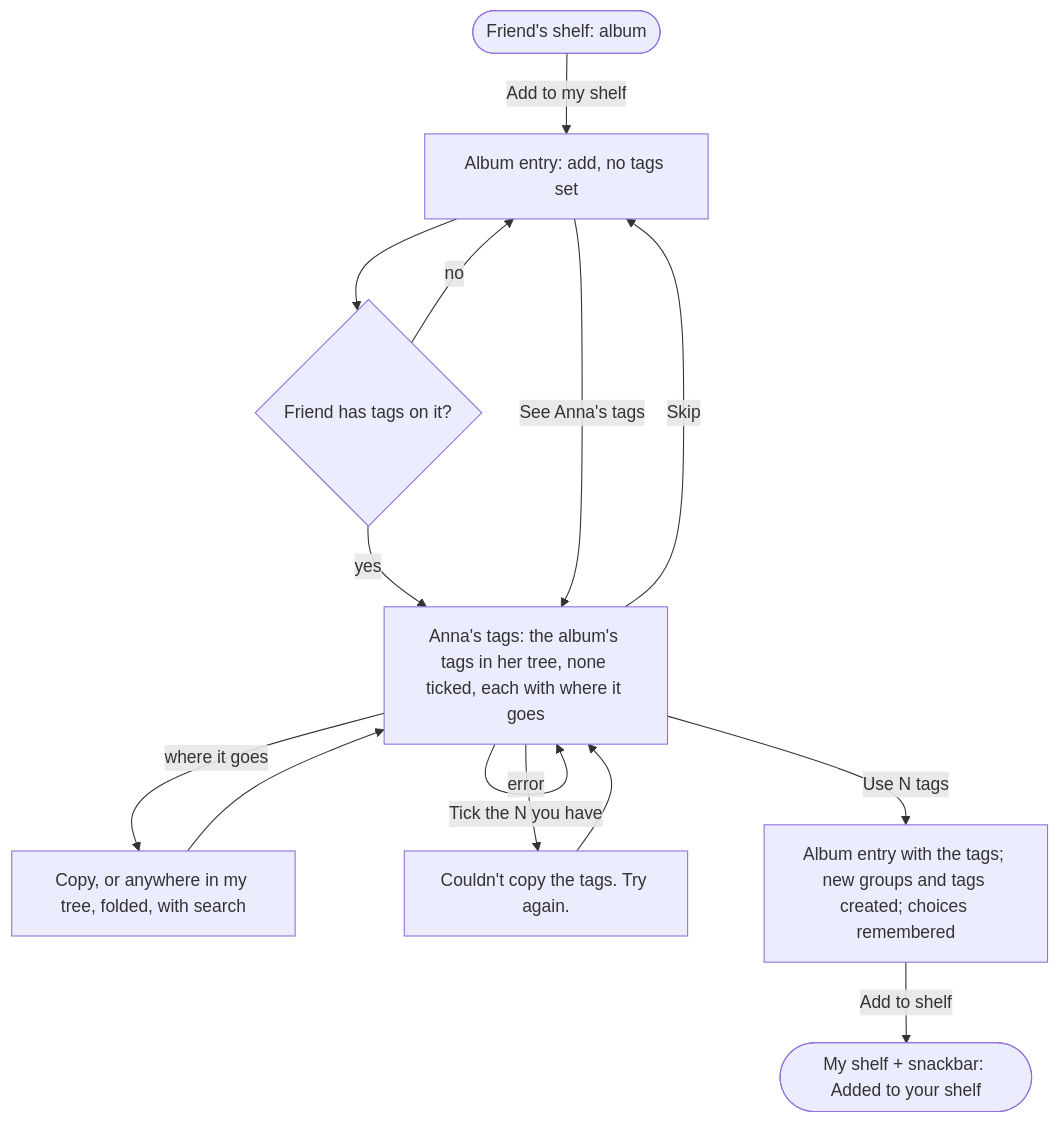
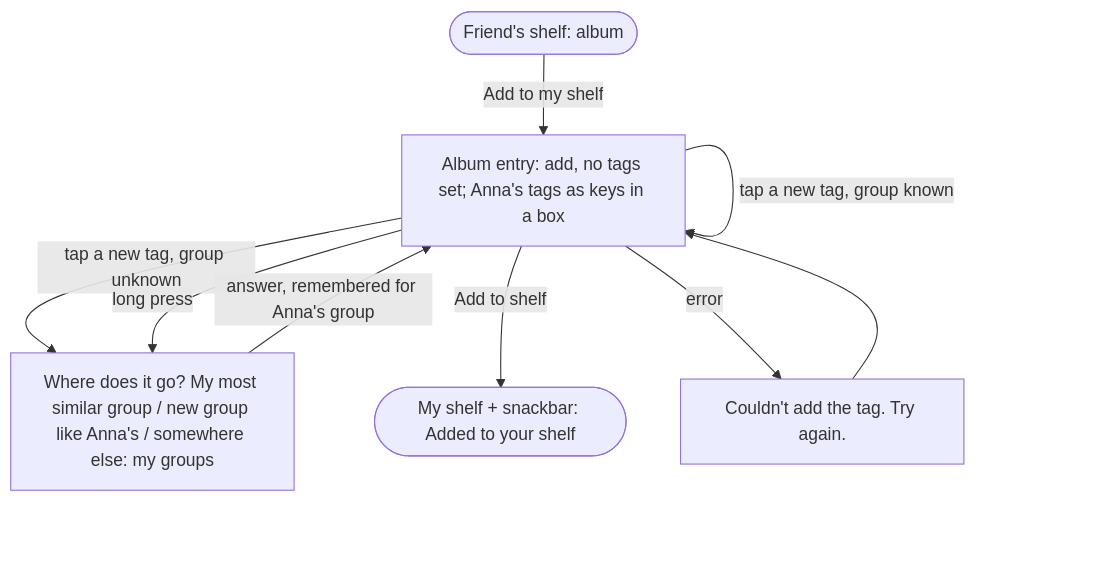
Before and after one commit to Schwub/shelf: the eighth of 15 diagrams in docs/design/flows.md, drawn with Mermaid. The commit also changed other lines of this file and 18 other files, not shown here.

First line of the commit message:
A friend's tags as keys on the album entry (TASK-50)

````diff
--- a/docs/design/flows.md
+++ b/docs/design/flows.md
@@ -185,14 +185,11 @@
 ```mermaid
 flowchart TD
-  friend([Friend's shelf: album]) -- Add to my shelf --> entry[Album entry: add, no tags set]
-  entry --> any{Friend has tags on it?}
-  any -- no --> entry
-  any -- yes --> sheet[Anna's tags: the album's tags in her tree, none ticked, each with where it goes]
-  sheet -- where it goes --> pick[Copy, or anywhere in my tree, folded, with search] --> sheet
-  sheet -- Tick the N you have --> sheet
-  sheet -- Use N tags --> entry2[Album entry with the tags; new groups and tags created; choices remembered]
-  sheet -- Skip --> entry
-  entry -- See Anna's tags --> sheet
-  entry2 -- Add to shelf --> done([My shelf + snackbar: Added to your shelf])
-  sheet -- error --> err[Couldn't copy the tags. Try again.] --> sheet
+  friend([Friend's shelf: album]) -- Add to my shelf --> entry[Album entry: add, no tags set; Anna's tags as keys in a box]
+  entry -- tap a tag I have --> entry
+  entry -- tap a new tag, group known --> entry
+  entry -- tap a new tag, group unknown --> ask[Where does it go? My most similar group / new group like Anna's / somewhere else: my groups]
+  ask -- answer, remembered for Anna's group --> entry
+  entry -- long press --> ask
+  entry -- Add to shelf --> done([My shelf + snackbar: Added to your shelf])
+  entry -- error --> err[Couldn't add the tag. Try again.] --> entry
 ```
````
